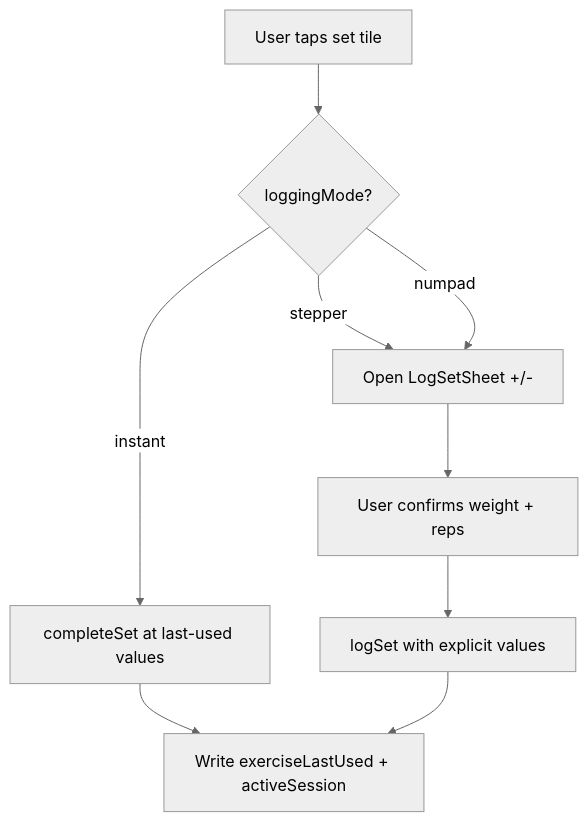
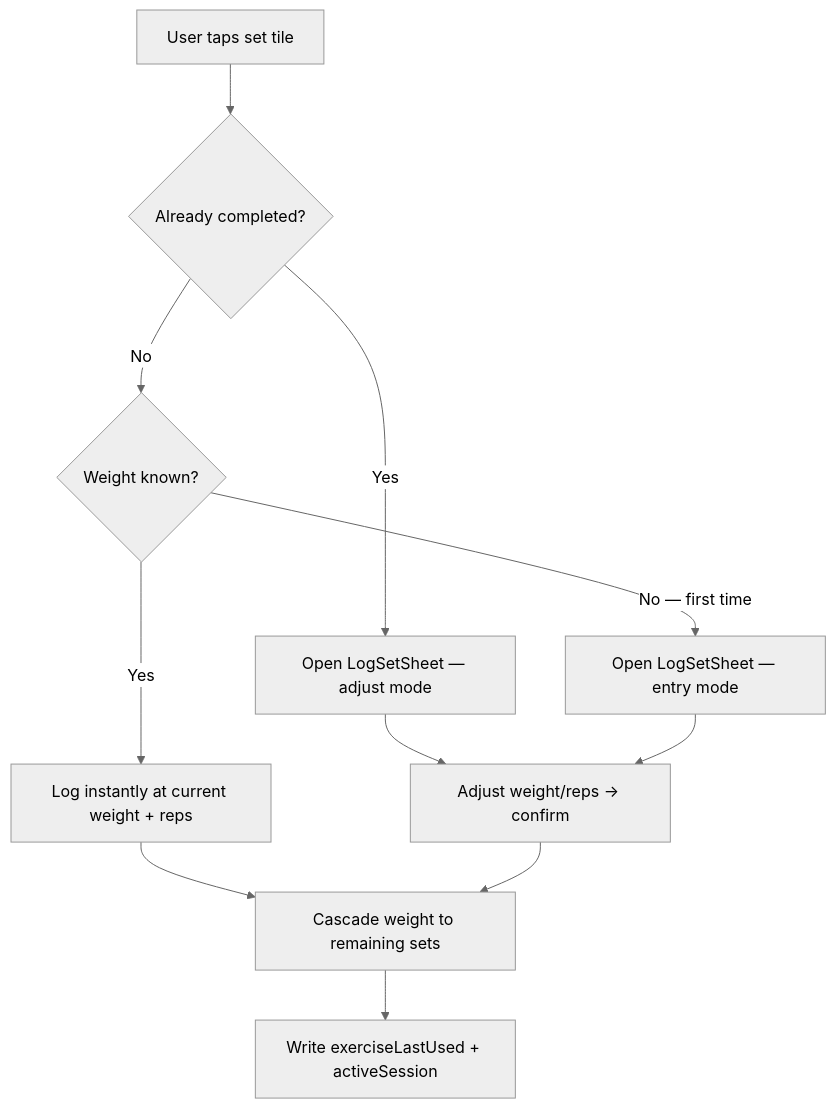
One commit to jermbo/CosmicWorkOut changed the second of 2 diagrams in docs/requirements/session-logging.md. Above: the diagram before and after it, drawn with Mermaid (neutral theme). The commit also changed other lines of this file and 35 other files, not shown here.

````diff
--- a/docs/requirements/session-logging.md
+++ b/docs/requirements/session-logging.md
@@ -98,11 +69,13 @@
 ```mermaid
 flowchart TD
-    Tap[User taps set tile] --> Mode{loggingMode?}
-    Mode -->|instant| Complete[completeSet at last-used values]
-    Mode -->|stepper| Sheet[Open LogSetSheet +/-]
-    Mode -->|numpad| Sheet
-    Sheet --> Confirm[User confirms weight + reps]
-    Confirm --> Log[logSet with explicit values]
-    Complete --> Persist[Write exerciseLastUsed + activeSession]
-    Log --> Persist
+    Tap[User taps set tile] --> Done{Already completed?}
+    Done -->|Yes| Sheet[Open LogSetSheet — adjust mode]
+    Done -->|No| Known{Weight known?}
+    Known -->|Yes| Instant[Log instantly at current weight + reps]
+    Known -->|No — first time| Sheet2[Open LogSetSheet — entry mode]
+    Sheet --> Confirm[Adjust weight/reps → confirm]
+    Sheet2 --> Confirm
+    Instant --> Cascade[Cascade weight to remaining sets]
+    Confirm --> Cascade
+    Cascade --> Persist[Write exerciseLastUsed + activeSession]
 ```
````
